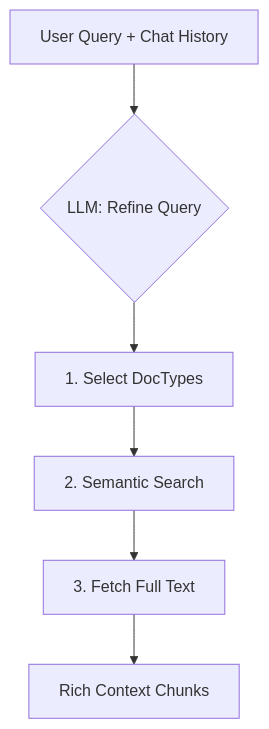
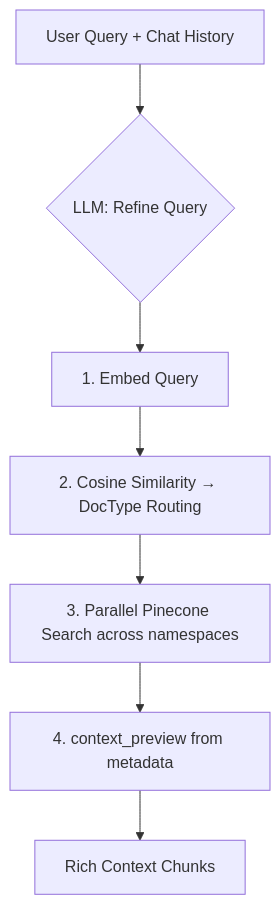
One commit to theapprenticeproject/Ai changed the third of 4 diagrams in README.md. Above: the diagram before and after it, drawn with Mermaid. The commit also changed other lines of this file, not shown here.

````diff
--- a/README.md
+++ b/README.md
@@ -195,8 +197,9 @@
 ```mermaid
 graph TD
     A[User Query + Chat History] --> B{LLM: Refine Query}
-    B --> C["1. Select DocTypes"]
-    C --> D["2. Semantic Search"]
-    D --> E["3. Fetch Full Text"]
-    E --> F[Rich Context Chunks]
+    B --> C["1. Embed Query"]
+    C --> D["2. Cosine Similarity → DocType Routing"]
+    D --> E["3. Parallel Pinecone Search across namespaces"]
+    E --> F["4. context_preview from metadata"]
+    F --> G[Rich Context Chunks]
 ```
````
